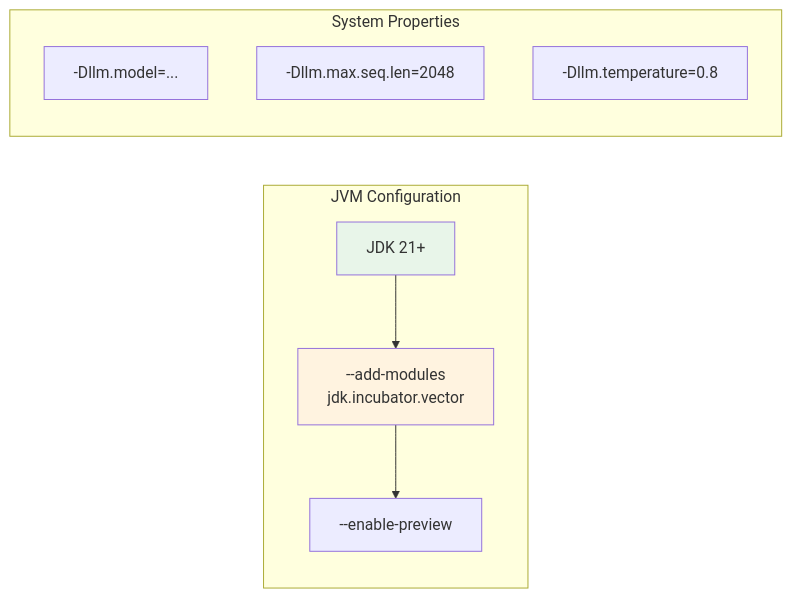
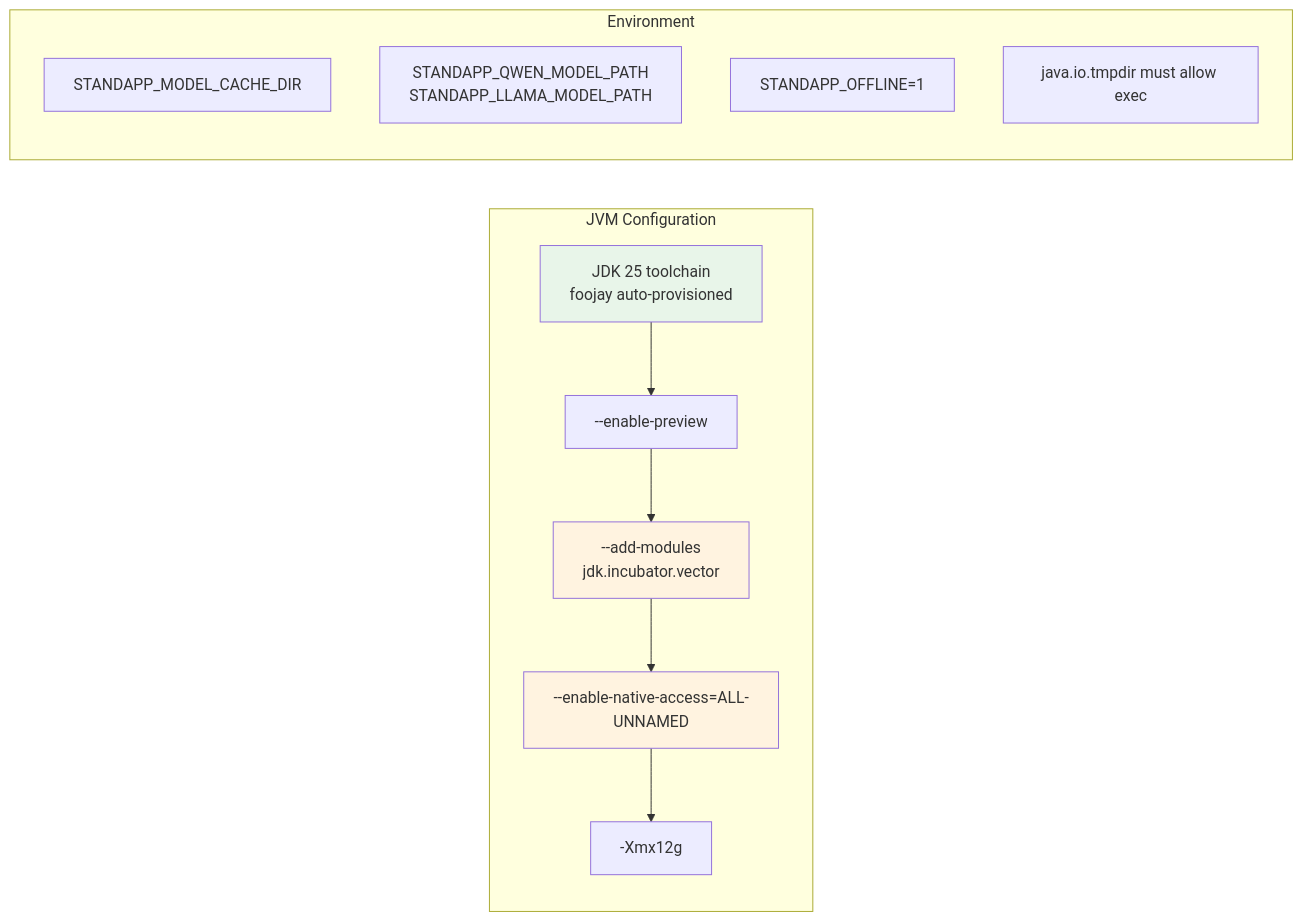
The second of 3 diagrams in docs/modules/architecture/pages/07-deployment-view.adoc (michalharakal/Daily-StandAPP), drawn with Mermaid before and after one commit. The commit also changed other lines of this file and 38 other files, not shown here.

```diff
--- a/docs/modules/architecture/pages/07-deployment-view.adoc
+++ b/docs/modules/architecture/pages/07-deployment-view.adoc
@@ -112,21 +150,27 @@
 [mermaid]
 ----
 graph LR
     subgraph "JVM Configuration"
-        JDK[JDK 21+]
+        JDK[JDK 25 toolchain<br/>foojay auto-provisioned]
+        PREVIEW[--enable-preview]
         VECTOR[--add-modules<br/>jdk.incubator.vector]
-        PREVIEW[--enable-preview]
+        NATIVE[--enable-native-access=ALL-UNNAMED]
+        HEAP[-Xmx12g]
     end
 
-    subgraph "System Properties"
-        MODEL[-Dllm.model=...]
-        SEQLEN[-Dllm.max.seq.len=2048]
-        TEMP[-Dllm.temperature=0.8]
+    subgraph "Environment"
+        CACHE[STANDAPP_MODEL_CACHE_DIR]
+        PATHS[STANDAPP_QWEN_MODEL_PATH<br/>STANDAPP_LLAMA_MODEL_PATH]
+        OFFLINE[STANDAPP_OFFLINE=1]
+        TMPDIR[java.io.tmpdir must allow exec]
     end
 
-    JDK --> VECTOR
-    VECTOR --> PREVIEW
+    JDK --> PREVIEW
+    PREVIEW --> VECTOR
+    VECTOR --> NATIVE
+    NATIVE --> HEAP
 
     style JDK fill:#e8f5e9
     style VECTOR fill:#fff3e0
+    style NATIVE fill:#fff3e0
 ----
```
